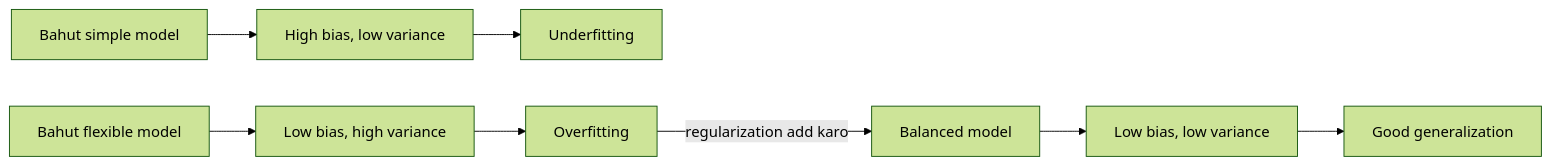
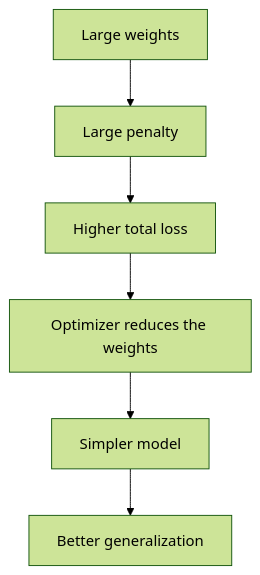
One commit to TrendySloth1001/sem-seven-notes changed the second of 7 diagrams in content/deep-learning/notes/regularization.hi.mdx. Above: the diagram before and after it, drawn with Mermaid (forest theme). The commit also changed other lines of this file and 254 other files, not shown here.

Commit message:
Rewrite the backpropagation, gradient descent, regularization and autoencoder notes and their 29 answers from the teachers' class files. They use 185 teacher figures with class-notes citations only, and correct the AdaGrad, RMSProp, Nesterov and batch-norm numbers on the slides.

````diff
--- a/content/deep-learning/notes/regularization.hi.mdx
+++ b/content/deep-learning/notes/regularization.hi.mdx
@@ -122,11 +166,9 @@
 ```mermaid
-%% caption: Bias-variance trade-off ek path ki tarah. Bahut simple aur bahut flexible dono naye data pe high error dete hain; regularization flexible network ko sweet spot ki taraf wapas kheenchta hai.
-flowchart LR
-  A["Bahut simple model"] --> B["High bias, low variance"]
-  B --> C["Underfitting"]
-  D["Balanced model"] --> E["Low bias, low variance"]
-  E --> F["Good generalization"]
-  G["Bahut flexible model"] --> H["Low bias, high variance"]
-  H --> I["Overfitting"]
-  I -- "regularization add karo" --> D
+%% caption: Weights par penalty kyun kaam karti hai, jaise teacher draw karte hain. Bade weights se bada penalty, optimizer unhe shrink karta hai, aur simple model better generalize karta hai.
+flowchart TD
+  A["Large weights"] --> B["Large penalty"]
+  B --> C["Higher total loss"]
+  C --> D["Optimizer reduces the weights"]
+  D --> E["Simpler model"]
+  E --> F["Better generalization"]
 ```
````
